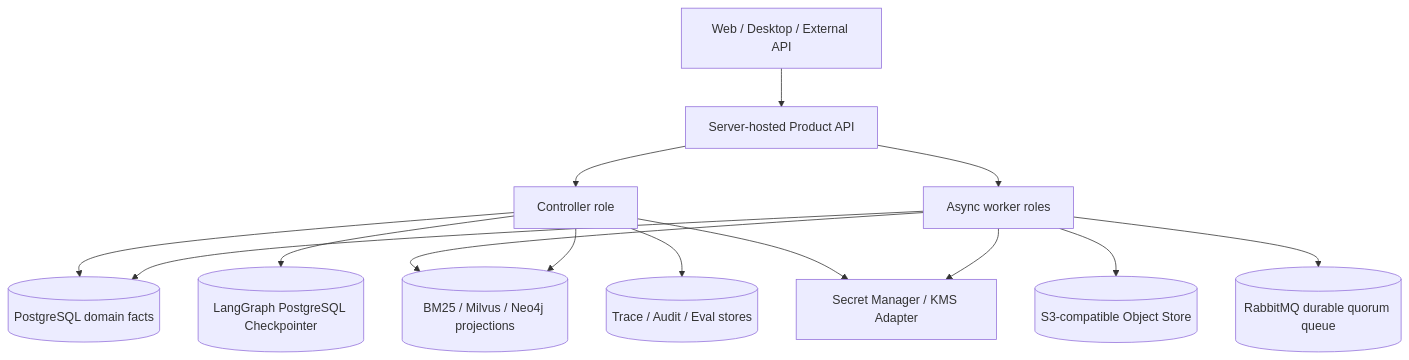
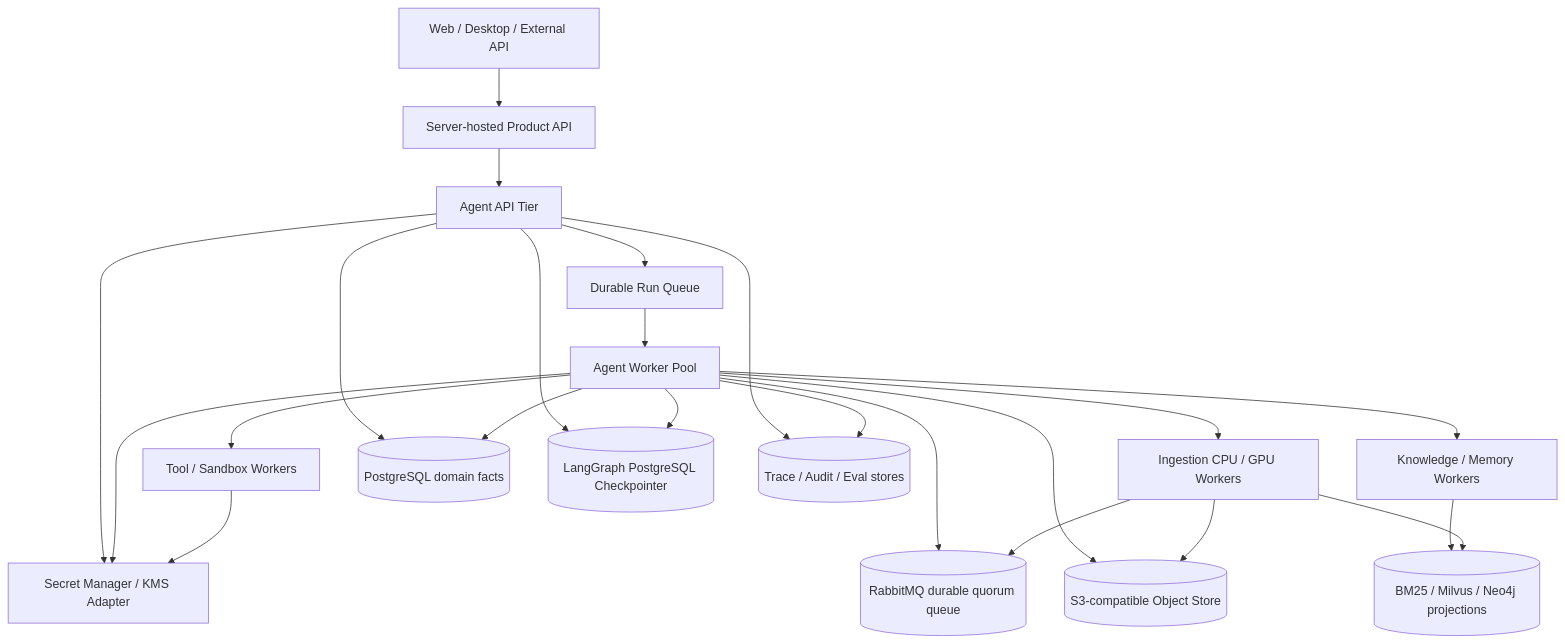
The tenth of 30 diagrams in docs/architecture/architecture-views.md (ProfessorZhi/Zuno), drawn with Mermaid before and after one commit. The commit also changed other lines of this file and 25 other files, not shown here.

Commit message:
docs: establish architecture writing standard

````diff
--- a/docs/architecture/architecture-views.md
+++ b/docs/architecture/architecture-views.md
@@ -174,15 +178,17 @@
 ```mermaid
 flowchart TB
   CLIENT[Web / Desktop / External API] --> API[Server-hosted Product API]
-  API --> CONTROL[Controller role]
-  API --> WORKER[Async worker roles]
-  CONTROL --> PG[(PostgreSQL domain facts)]
-  CONTROL --> CHECK[(LangGraph PostgreSQL Checkpointer)]
-  WORKER --> PG
-  WORKER --> OBJ[(S3-compatible Object Store)]
-  WORKER --> Q[(RabbitMQ durable quorum queue)]
-  WORKER --> IDX[(BM25 / Milvus / Neo4j projections)]
-  CONTROL --> IDX
-  CONTROL --> OBS[(Trace / Audit / Eval stores)]
-  CONTROL & WORKER --> SECRET[Secret Manager / KMS Adapter]
+  API --> AGENT_API[Agent API Tier]
+  AGENT_API --> QUEUE[Durable Run Queue]
+  QUEUE --> AGENT_WORKER[Agent Worker Pool]
+  AGENT_WORKER --> KNOW_WORKER[Knowledge / Memory Workers]
+  AGENT_WORKER --> INGEST_WORKER[Ingestion CPU / GPU Workers]
+  AGENT_WORKER --> TOOL_WORKER[Tool / Sandbox Workers]
+  AGENT_API & AGENT_WORKER --> PG[(PostgreSQL domain facts)]
+  AGENT_API & AGENT_WORKER --> CHECK[(LangGraph PostgreSQL Checkpointer)]
+  AGENT_WORKER & INGEST_WORKER --> OBJ[(S3-compatible Object Store)]
+  AGENT_WORKER & INGEST_WORKER --> Q[(RabbitMQ durable quorum queue)]
+  KNOW_WORKER & INGEST_WORKER --> IDX[(BM25 / Milvus / Neo4j projections)]
+  AGENT_API & AGENT_WORKER --> OBS[(Trace / Audit / Eval stores)]
+  AGENT_API & AGENT_WORKER & TOOL_WORKER --> SECRET[Secret Manager / KMS Adapter]
 ```
````
